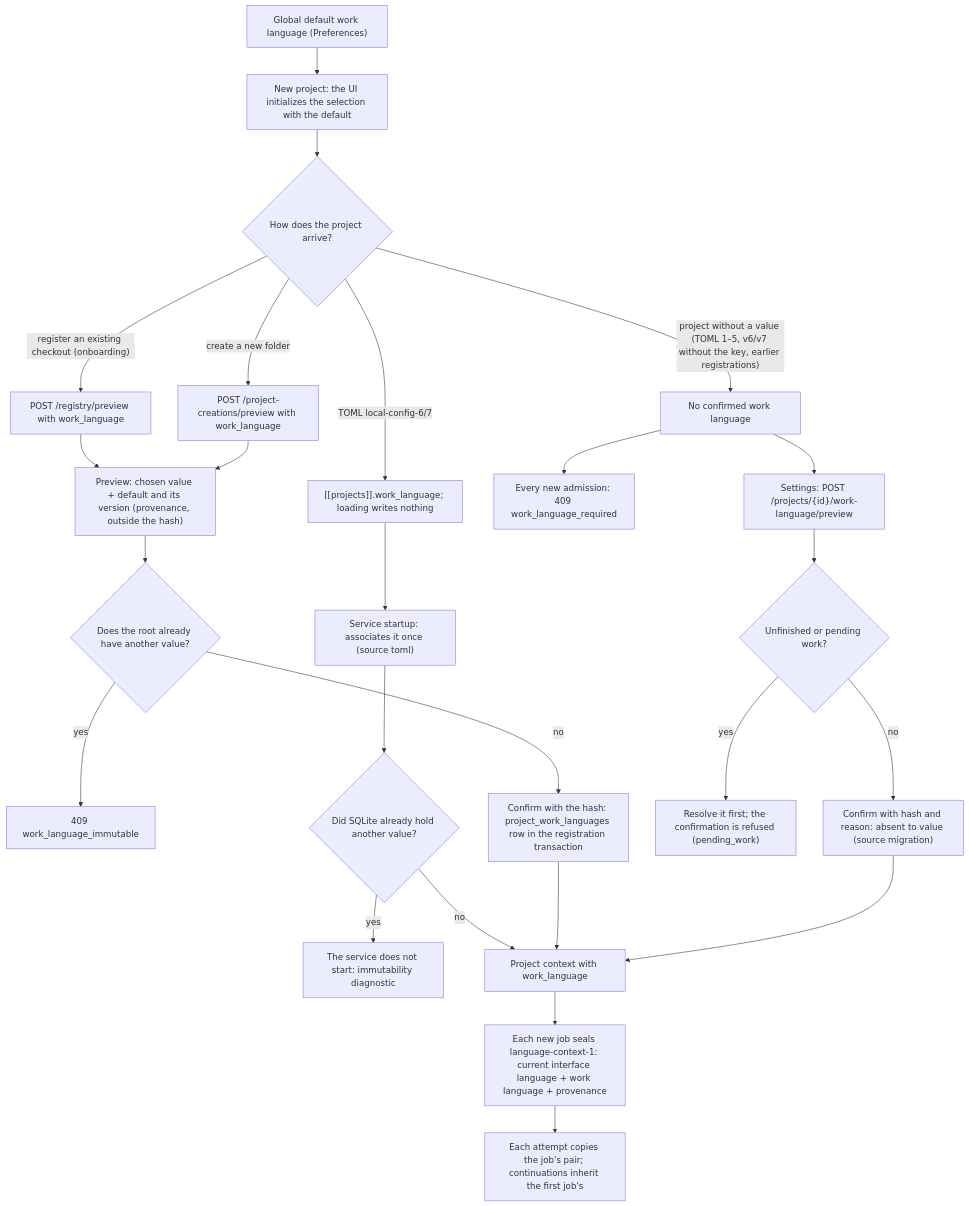
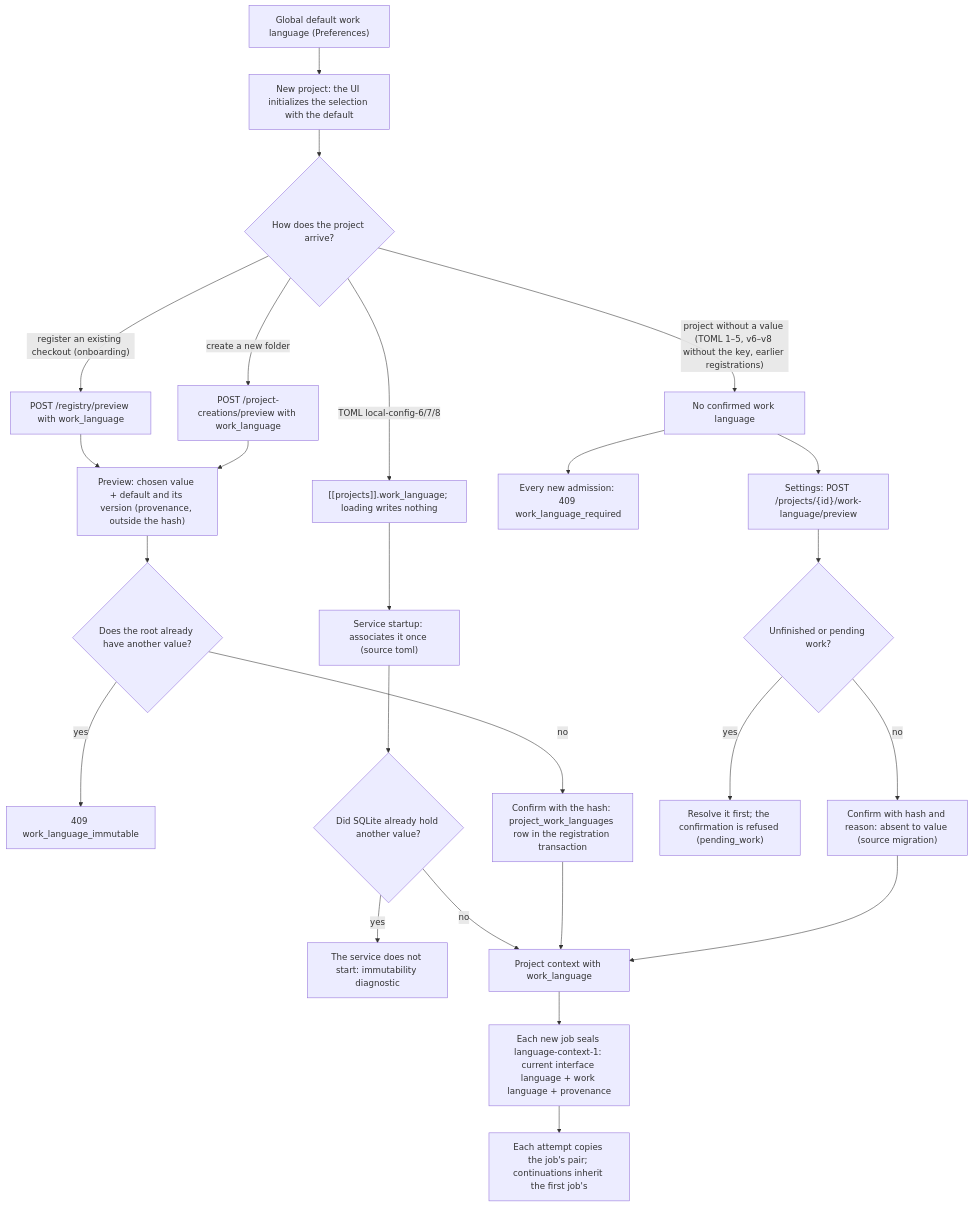
Before and after one commit to AcostaDDev/my-harness-archive: the first of 2 diagrams in docs/public/docs/flows/project-work-language.md, drawn with Mermaid. The commit also changed other lines of this file and 26 other files, not shown here.

````diff
--- a/docs/public/docs/flows/project-work-language.md
+++ b/docs/public/docs/flows/project-work-language.md
@@ -10,27 +10,27 @@
 ```mermaid
 flowchart TD
     D["Global default work language (Preferences)"] --> SEL["New project: the UI initializes the selection with the default"]
     SEL --> REG{"How does the project arrive?"}
     REG -- "register an existing checkout (onboarding)" --> RP["POST /registry/preview with work_language"]
     REG -- "create a new folder" --> CP["POST /project-creations/preview with work_language"]
-    REG -- "TOML local-config-6/7" --> T6["[[projects]].work_language; loading writes nothing"]
-    REG -- "project without a value (TOML 1–5, v6/v7 without the key, earlier registrations)" --> NO["No confirmed work language"]
+    REG -- "TOML local-config-6/7/8" --> T6["[[projects]].work_language; loading writes nothing"]
+    REG -- "project without a value (TOML 1–5, v6–v8 without the key, earlier registrations)" --> NO["No confirmed work language"]
     RP --> H["Preview: chosen value + default and its version (provenance, outside the hash)"]
     CP --> H
     H --> X{"Does the root already have another value?"}
     X -- yes --> IM["409 work_language_immutable"]
     X -- no --> CF["Confirm with the hash: project_work_languages row in the registration transaction"]
     T6 --> ST["Service startup: associates it once (source toml)"]
     ST --> Y{"Did SQLite already hold another value?"}
     Y -- yes --> STOP["The service does not start: immutability diagnostic"]
     Y -- no --> OK["Project context with work_language"]
     CF --> OK
     NO --> G["Every new admission: 409 work_language_required"]
     NO --> MP["Settings: POST /projects/{id}/work-language/preview"]
     MP --> MB{"Unfinished or pending work?"}
     MB -- yes --> MW["Resolve it first; the confirmation is refused (pending_work)"]
     MB -- no --> MC["Confirm with hash and reason: absent to value (source migration)"]
     MC --> OK
     OK --> J["Each new job seals language-context-1: current interface language + work language + provenance"]
     J --> A["Each attempt copies the job's pair; continuations inherit the first job's"]
 ```
````
